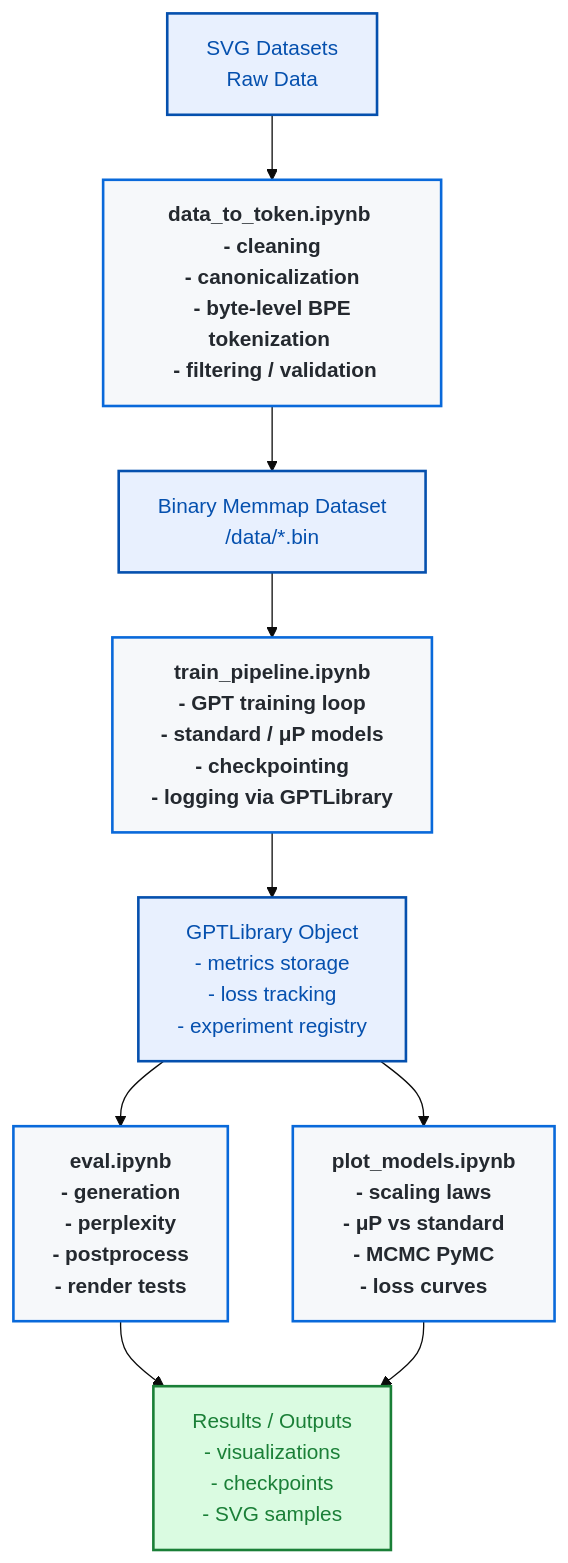
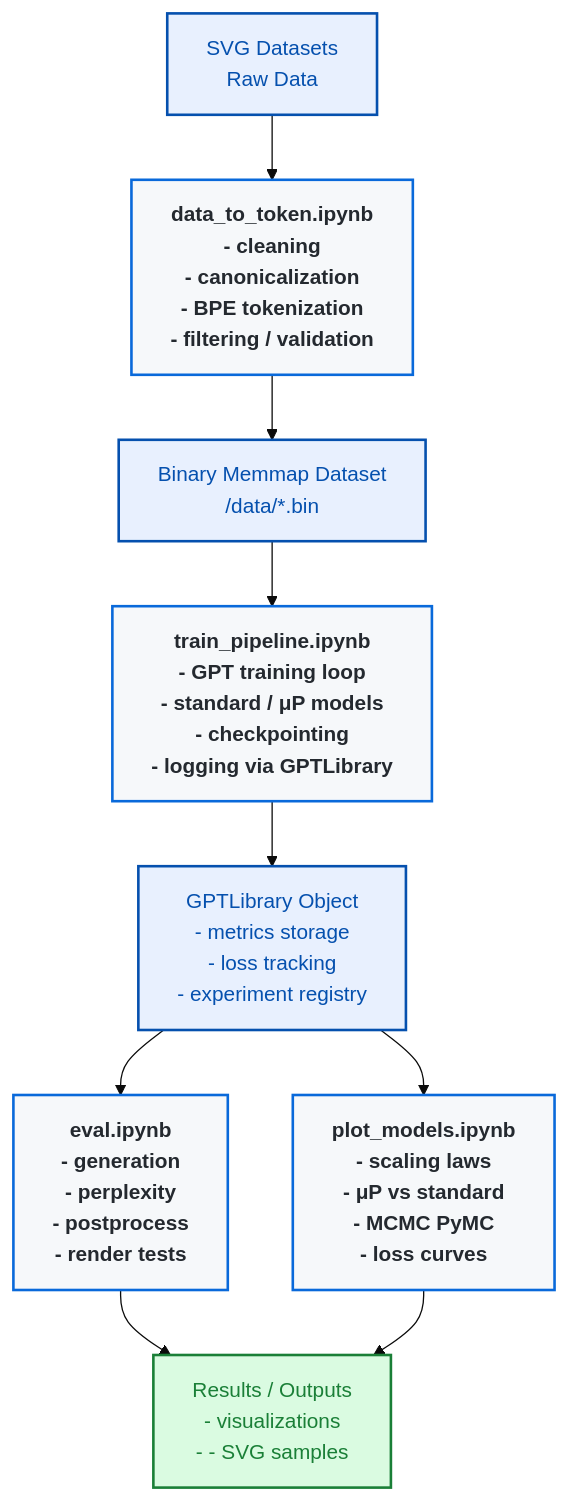
One commit to Ramen-Numeral/SVG_GPT changed the diagram in README.md. Above: the diagram before and after it, drawn with Mermaid (base theme). The commit also changed other lines of this file, not shown here.

````diff
--- a/README.md
+++ b/README.md
@@ -37,16 +27,16 @@
 ```mermaid
 graph TD
     classDef default fill:#fcfcfc,stroke:#d0d7de,stroke-width:1px,color:#24292f,font-family:sans-serif;
     classDef process fill:#f6f8fa,stroke:#0969da,stroke-width:2px,color:#24292f,font-weight:bold;
     classDef data fill:#e8f0fe,stroke:#0550ae,stroke-width:2px,color:#0550ae;
     classDef output fill:#dafbe1,stroke:#1a7f37,stroke-width:2px,color:#1a7f37;
 
-    A[SVG Datasets <br> Raw Data]:::data --> B[data_to_token.ipynb <br> - cleaning <br> - canonicalization <br> - byte-level BPE tokenization <br> - filtering / validation]:::process
+    A[SVG Datasets <br> Raw Data]:::data --> B[data_to_token.ipynb <br> - cleaning <br> - canonicalization <br> - BPE tokenization <br> - filtering / validation]:::process
     B --> C[Binary Memmap Dataset <br> /data/*.bin]:::data
     C --> D[train_pipeline.ipynb <br> - GPT training loop <br> - standard / μP models <br> - checkpointing <br> - logging via GPTLibrary]:::process
     D --> E[GPTLibrary Object <br> - metrics storage <br> - loss tracking <br> - experiment registry]:::data
     E --> F[eval.ipynb <br> - generation <br> - perplexity <br> - postprocess <br> - render tests]:::process
     E --> G[plot_models.ipynb <br> - scaling laws <br> - μP vs standard <br> - MCMC PyMC <br> - loss curves]:::process
-    F --> H[Results / Outputs <br> - visualizations <br> - checkpoints <br> - SVG samples]:::output
+    F --> H[Results / Outputs <br> - visualizations <br> - - SVG samples]:::output
     G --> H
 ```
````
